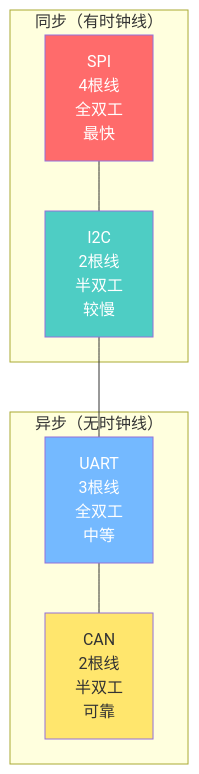
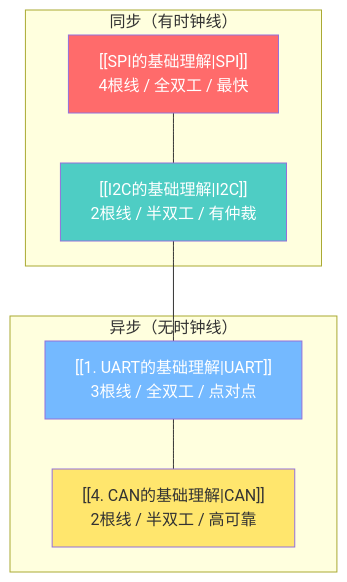
One commit to chengtao-ct/Flushingbondading_Notes changed the first of 5 diagrams in 嵌入式/通信协议/通信协议总览.md. Above: the diagram before and after it, drawn with Mermaid. The commit also changed other lines of this file and 18 other files, not shown here.

````diff
--- a/嵌入式/通信协议/通信协议总览.md
+++ b/嵌入式/通信协议/通信协议总览.md
@@ -40,17 +40,17 @@
 ```mermaid
 graph TB
     subgraph "同步（有时钟线）"
-        SPI["SPI<br/>4根线<br/>全双工<br/>最快"]
-        I2C["I2C<br/>2根线<br/>半双工<br/>较慢"]
+        SPI["[[SPI的基础理解|SPI]]<br/>4根线 / 全双工 / 最快"]
+        I2C["[[I2C的基础理解|I2C]]<br/>2根线 / 半双工 / 有仲裁"]
     end
     subgraph "异步（无时钟线）"
-        UART["UART<br/>3根线<br/>全双工<br/>中等"]
-        CAN["CAN<br/>2根线<br/>半双工<br/>可靠"]
+        UART["[[1. UART的基础理解|UART]]<br/>3根线 / 全双工 / 点对点"]
+        CAN["[[4. CAN的基础理解|CAN]]<br/>2根线 / 半双工 / 高可靠"]
     end
 
     SPI --- I2C --- UART --- CAN
     style SPI fill:#ff6b6b,color:#fff
     style I2C fill:#4ecdc4,color:#fff
     style UART fill:#74b9ff,color:#fff
     style CAN fill:#ffe66d,color:#333
 ```
````
